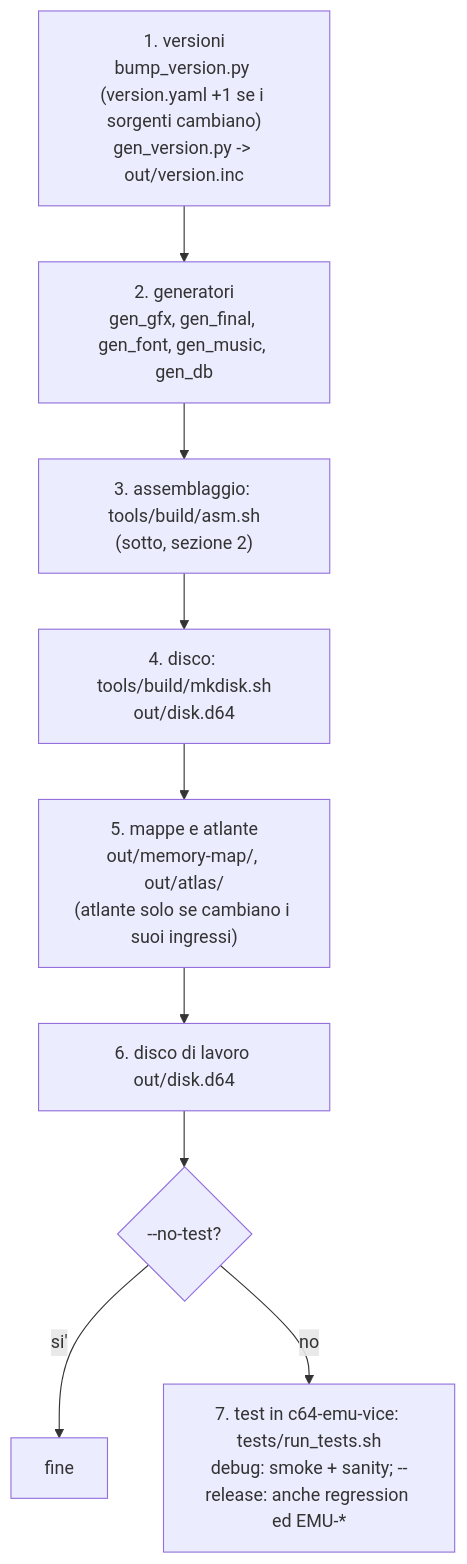
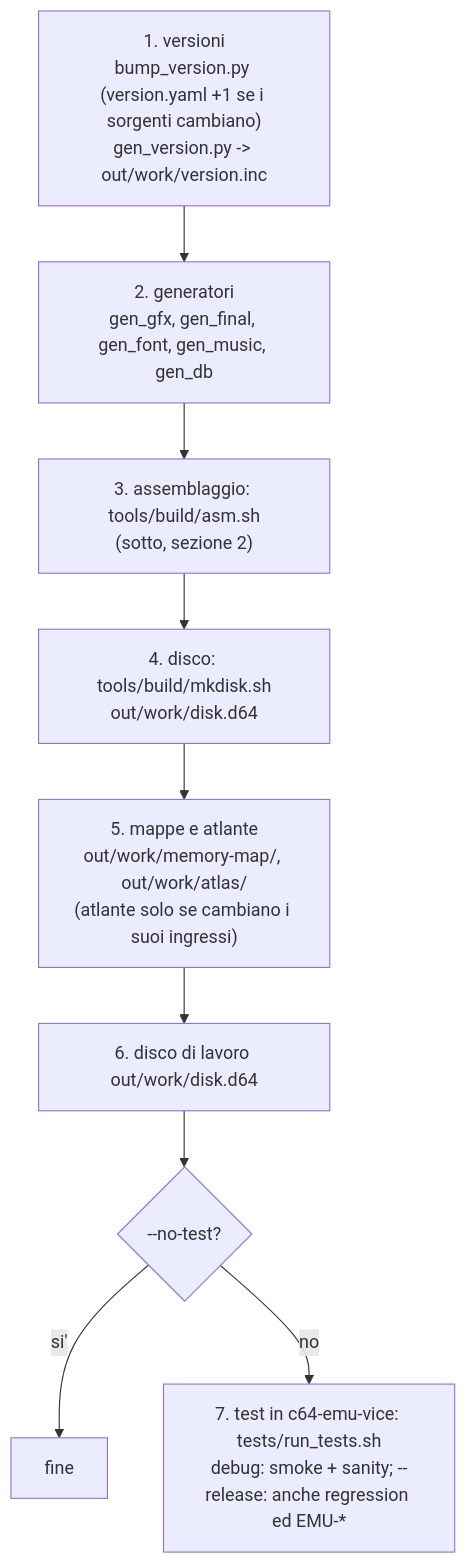
Before and after one commit to caporalesimone/barbarian-the-blood-path: the first of 4 diagrams in docs/build.md, drawn with Mermaid. The commit also changed other lines of this file and 121 other files, not shown here.

First line of the commit message:
Build: intermedi in out/work/, cache in out/cache/ (v1.244)

````diff
--- a/docs/build.md
+++ b/docs/build.md
@@ -12,11 +12,11 @@
 ```mermaid
 flowchart TD
-    V["1. versioni<br/>bump_version.py (version.yaml +1 se i sorgenti cambiano)<br/>gen_version.py -> out/version.inc"] --> G
+    V["1. versioni<br/>bump_version.py (version.yaml +1 se i sorgenti cambiano)<br/>gen_version.py -> out/work/version.inc"] --> G
     G["2. generatori<br/>gen_gfx, gen_final, gen_font, gen_music, gen_db"] --> A
     A["3. assemblaggio: tools/build/asm.sh<br/>(sotto, sezione 2)"] --> D
-    D["4. disco: tools/build/mkdisk.sh<br/>out/disk.d64"] --> M
-    M["5. mappe e atlante<br/>out/memory-map/, out/atlas/<br/>(atlante solo se cambiano i suoi ingressi)"] --> C
-    C["6. disco di lavoro out/disk.d64"] --> T{"--no-test?"}
+    D["4. disco: tools/build/mkdisk.sh<br/>out/work/disk.d64"] --> M
+    M["5. mappe e atlante<br/>out/work/memory-map/, out/work/atlas/<br/>(atlante solo se cambiano i suoi ingressi)"] --> C
+    C["6. disco di lavoro out/work/disk.d64"] --> T{"--no-test?"}
     T -->|si'| E1["fine"]
     T -->|no| R["7. test in c64-emu-vice: tests/run_tests.sh<br/>debug: smoke + sanity; --release: anche regression ed EMU-*"]
 ```
````
